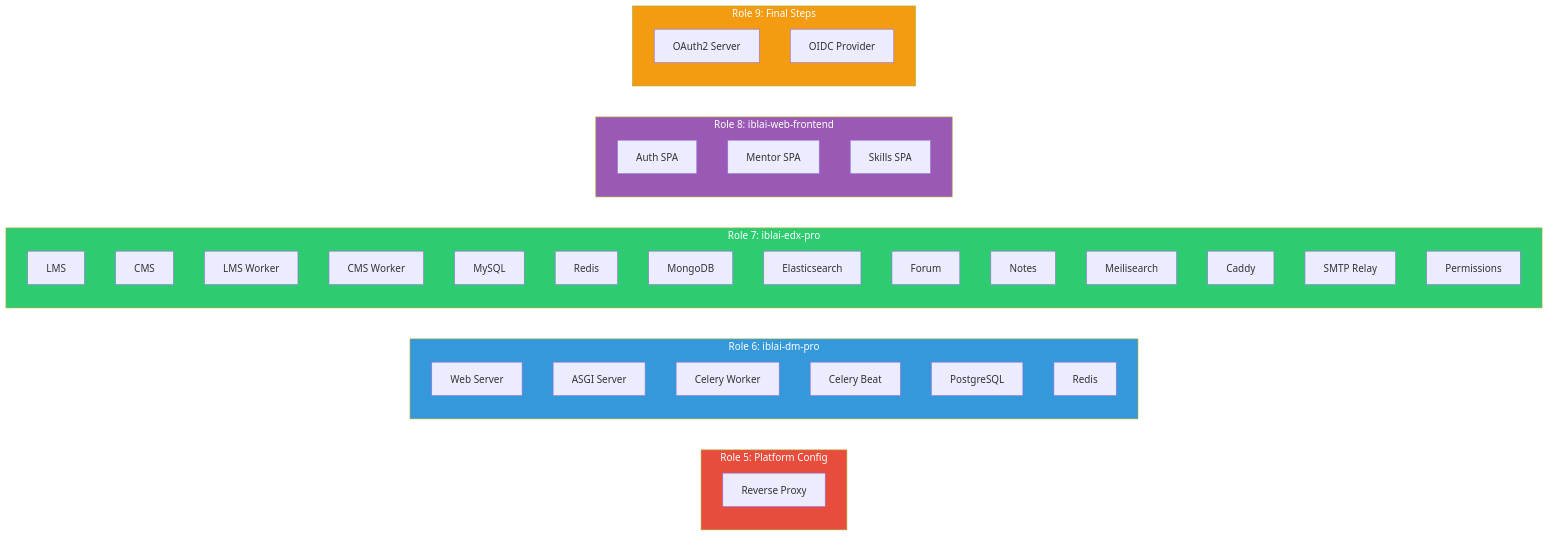
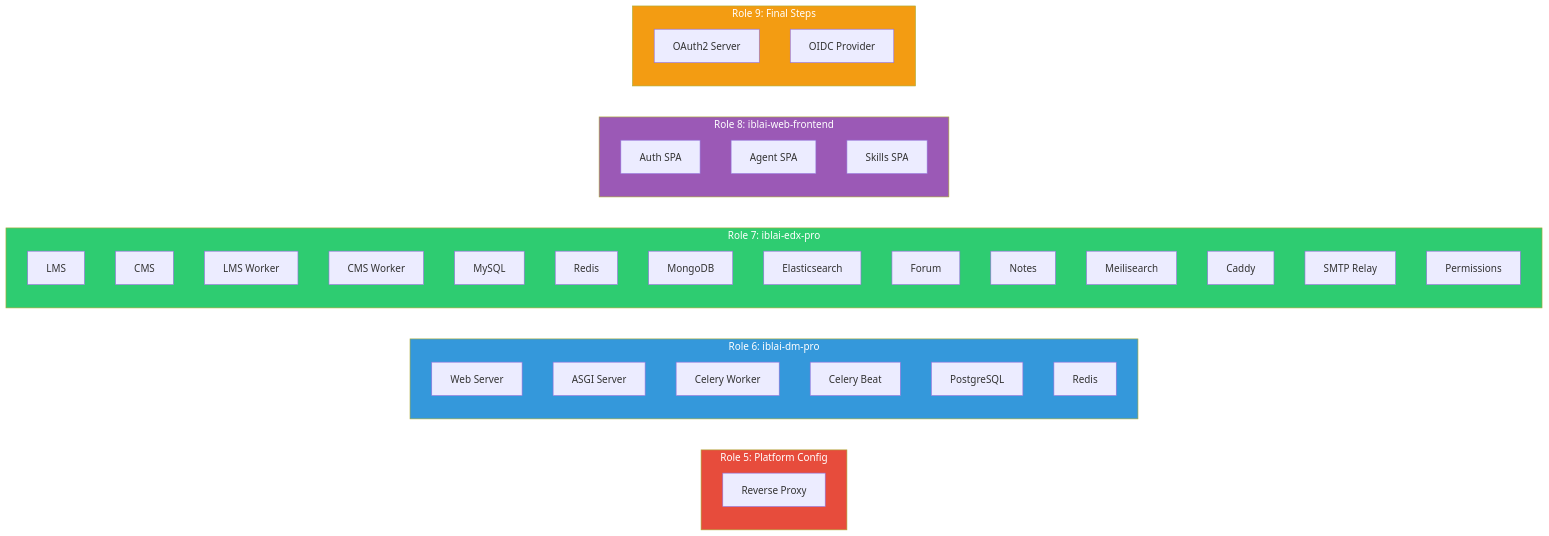
The fourth of 4 diagrams in developer/infrastructure/infra-architecture.md (iblai/docs), drawn with Mermaid before and after one commit. The commit also changed other lines of this file and 212 other files, not shown here.

First line of the commit message:
docs: rebrand mentorAI -> Agentic OS, mentor -> agent

````diff
--- a/developer/infrastructure/infra-architecture.md
+++ b/developer/infrastructure/infra-architecture.md
@@ -280,49 +280,49 @@
 ```mermaid
 flowchart LR
     subgraph PLATFORM["Role 5: Platform Config"]
         RP[Reverse Proxy]
     end
 
     subgraph DM["Role 6: iblai-dm-pro"]
         DM_WEB[Web Server]
         DM_ASGI[ASGI Server]
         DM_WORKER[Celery Worker]
         DM_BEAT[Celery Beat]
         DM_PG[PostgreSQL]
         DM_REDIS[Redis]
     end
 
     subgraph EDX["Role 7: iblai-edx-pro"]
         LMS[LMS]
         CMS[CMS]
         LMS_W[LMS Worker]
         CMS_W[CMS Worker]
         MYSQL[MySQL]
         REDIS2[Redis]
         MONGO[MongoDB]
         ES[Elasticsearch]
         FORUM[Forum]
         NOTES[Notes]
         MEILI[Meilisearch]
         CADDY[Caddy]
         SMTP[SMTP Relay]
         PERMS[Permissions]
     end
 
     subgraph SPA["Role 8: iblai-web-frontend"]
         AUTH[Auth SPA]
-        MENTOR[Mentor SPA]
+        MENTOR[Agent SPA]
         SKILLS[Skills SPA]
     end
 
     subgraph FINAL["Role 9: Final Steps"]
         OAUTH[OAuth2 Server]
         OIDC[OIDC Provider]
     end
 
     style PLATFORM fill:#e74c3c,color:#fff
     style DM fill:#3498db,color:#fff
     style EDX fill:#2ecc71,color:#fff
     style SPA fill:#9b59b6,color:#fff
     style FINAL fill:#f39c12,color:#fff
 ```
````
